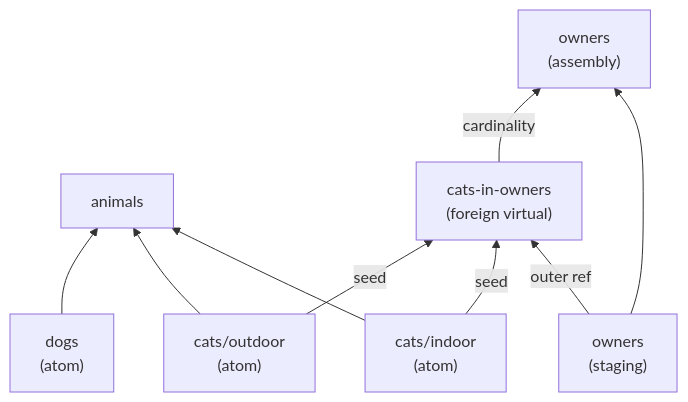
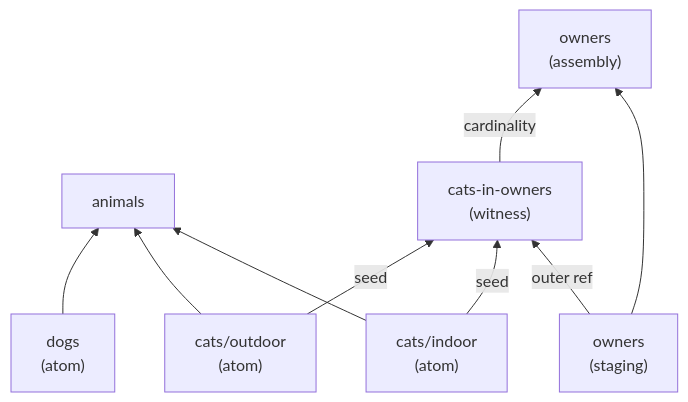
One commit to alsenz/fakeset changed the fifth of 5 diagrams in specs/REFRAME-1.md. Above: the diagram before and after it, drawn with Mermaid. The commit also changed other lines of this file, not shown here.

````diff
--- a/specs/REFRAME-1.md
+++ b/specs/REFRAME-1.md
@@ -383,12 +404,12 @@
 ```mermaid
 graph BT
     cats_in["cats/indoor\n(atom)"] --> animals["animals"]
     cats_out["cats/outdoor\n(atom)"] --> animals
     dogs["dogs\n(atom)"] --> animals
     owners_staging["owners\n(staging)"] --> owners_asm["owners\n(assembly)"]
-    cats_foreign["cats-in-owners\n(foreign virtual)"]
+    cats_foreign["cats-in-owners\n(witness)"]
     owners_staging -->|"outer ref"| cats_foreign
     cats_in -->|"seed"| cats_foreign
     cats_out -->|"seed"| cats_foreign
     cats_foreign -->|"cardinality"| owners_asm
 ```
````
